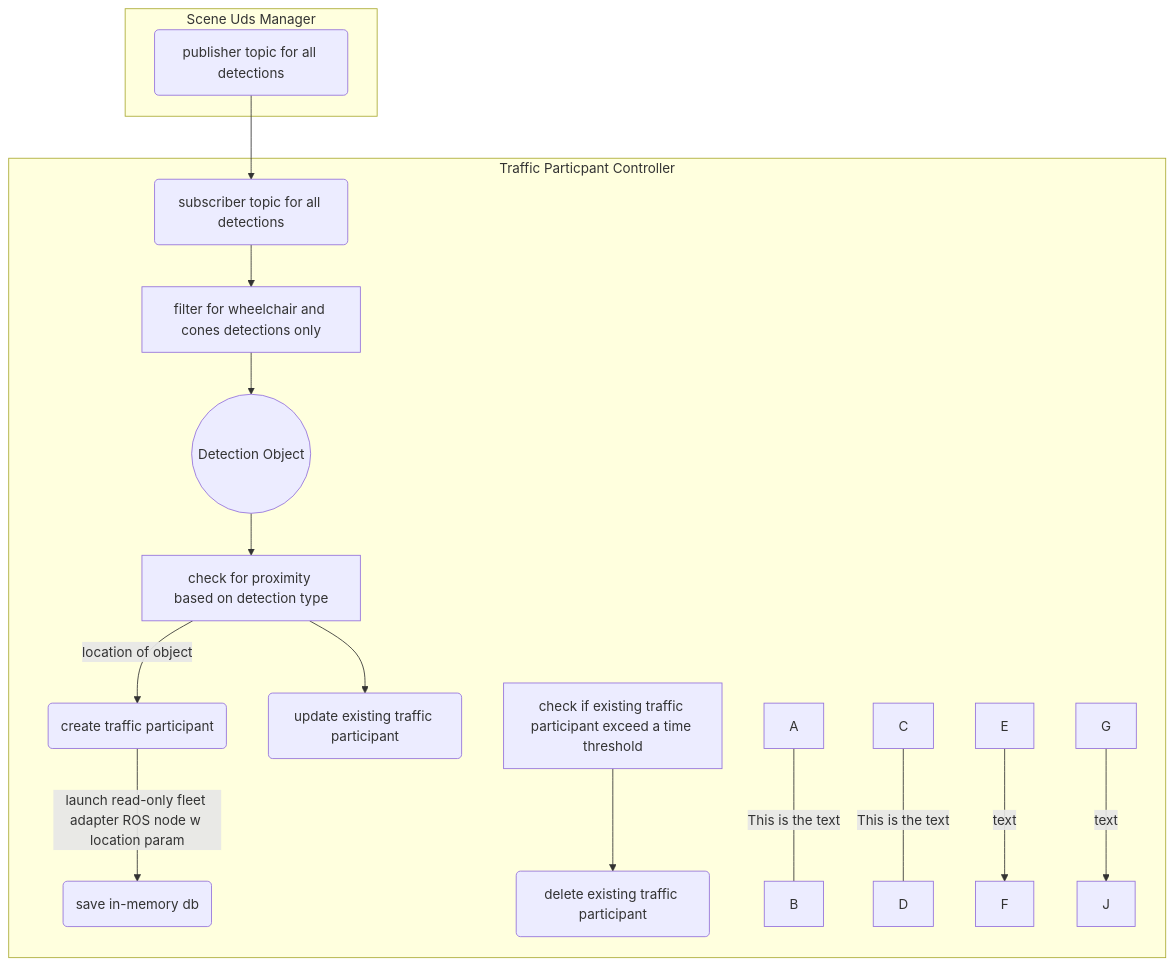
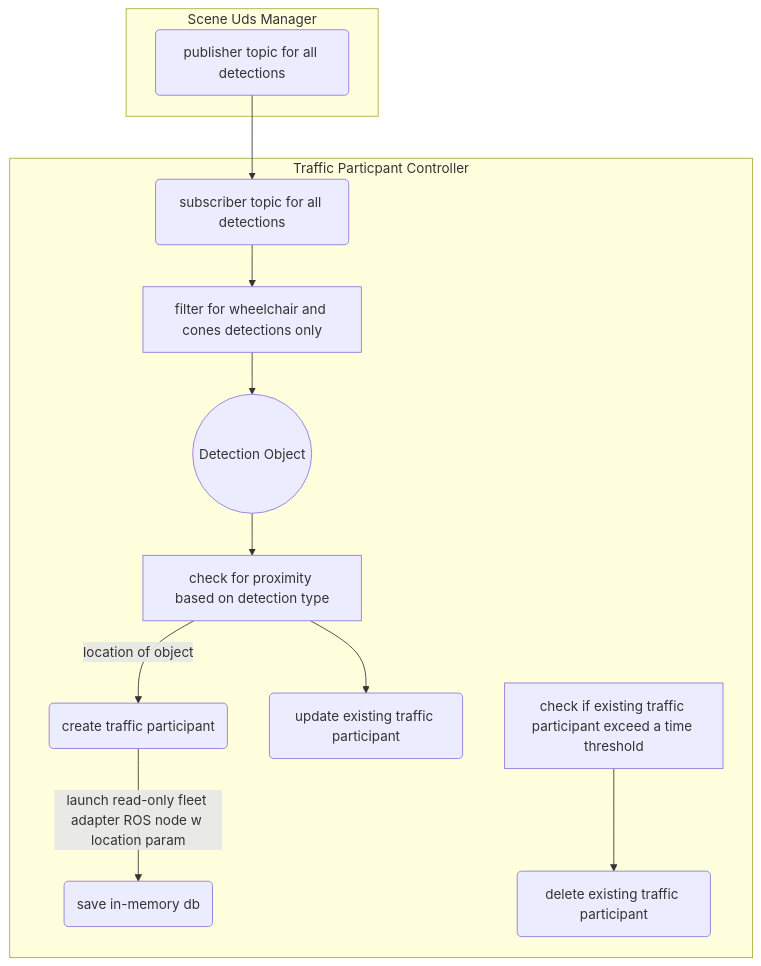
One commit to mxgrey/su_traffic_participant changed the diagram in README.md. Above: the diagram before and after it, drawn with Mermaid. The commit also changed other lines of this file, not shown here.

````diff
--- a/README.md
+++ b/README.md
@@ -5,23 +5,19 @@
 ```mermaid
 graph TB
 
   Publisher --> Subscriber
   subgraph "Scene Uds Manager"
   Publisher(publisher topic for all detections)
   end
 
   subgraph "Traffic Particpant Controller"
   Subscriber(subscriber topic for all detections)
   Subscriber --> FindClass[filter for wheelchair and cones detections only] --> Detection((Detection Object))
   Detection --> Proximity[check for proximity based on detection type]
   Proximity -- location of object --> Create(create traffic participant)
   Create -- launch read-only fleet adapter ROS node w location param --> Save(save in-memory db)
   Proximity --> Update(update existing traffic participant)
   CountdownTimer[check if existing traffic participant exceed a time threshold] --> Delete(delete existing traffic participant)
-  A---|This is the text|B
-  C-- This is the text ---D
-  E-->|text|F
-  G-- text -->J
 
 end
 ```
````
